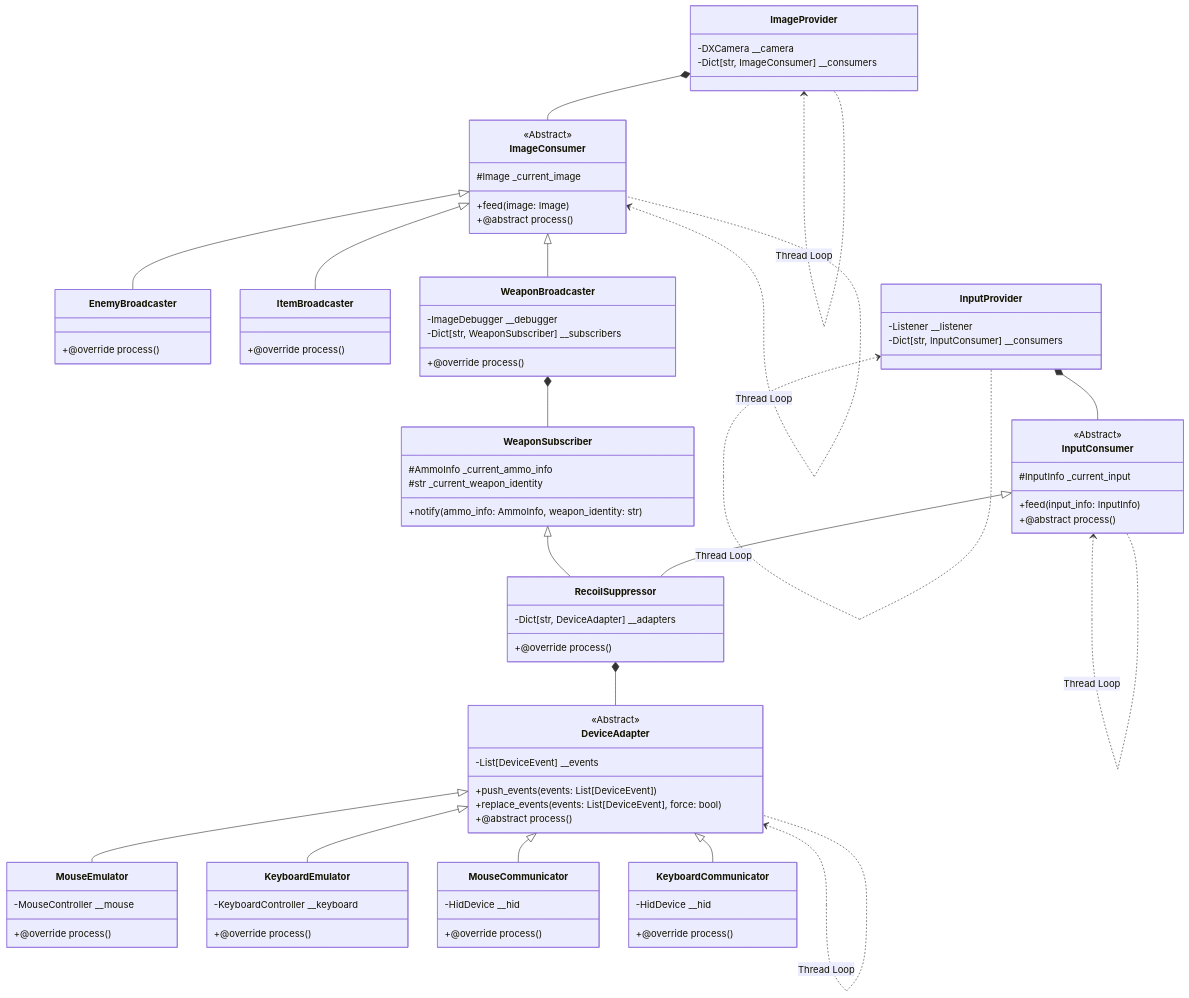
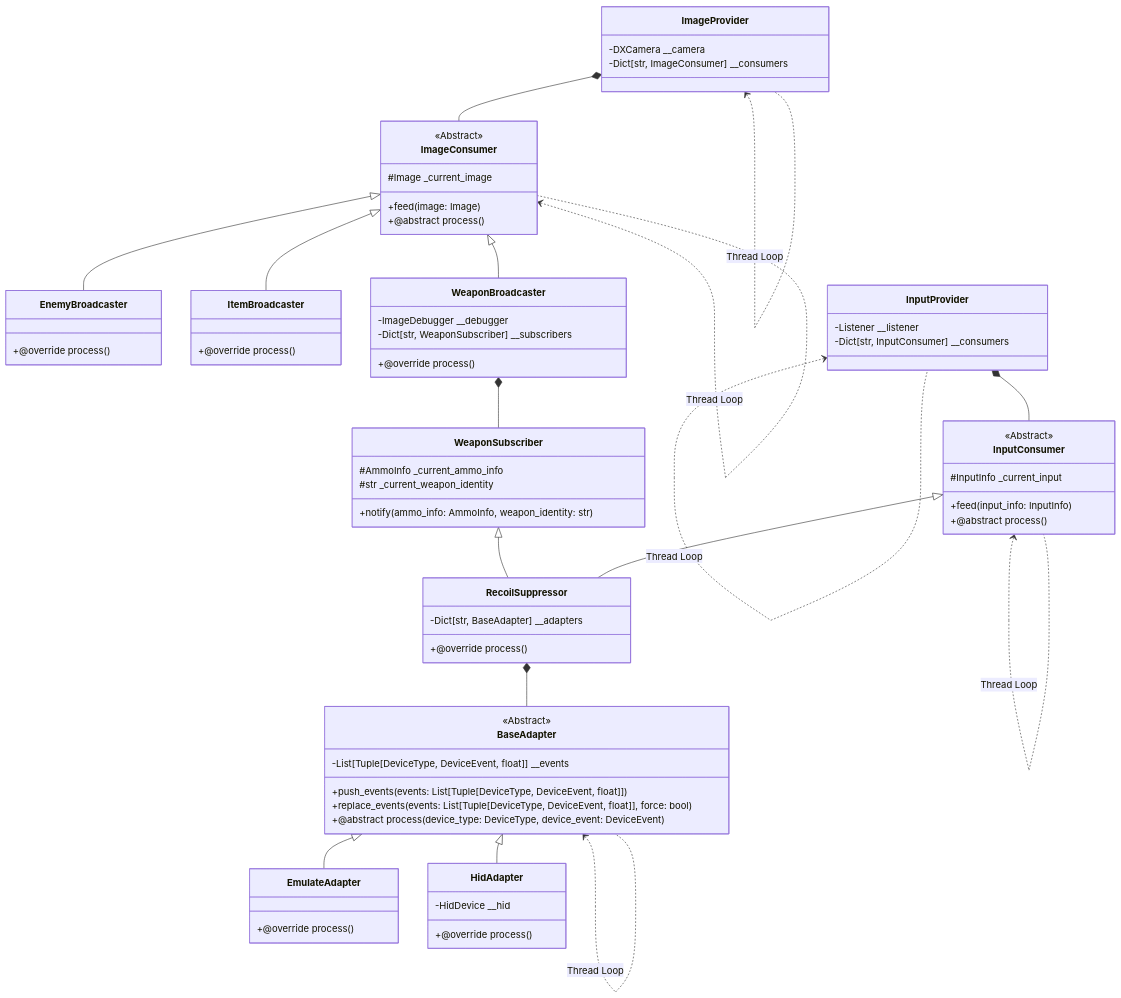
One commit to STEA-TEAM/apex_helper changed the diagram in wiki/SystemDesign.md. Above: the diagram before and after it, drawn with Mermaid. The commit also changed 11 other files, not shown here.

````diff
--- a/wiki/SystemDesign.md
+++ b/wiki/SystemDesign.md
@@ -52,38 +52,27 @@
     InputProvider *-- InputConsumer
 
     class RecoilSuppressor {
-        -Dict[str, DeviceAdapter] __adapters
+        -Dict[str, BaseAdapter] __adapters
         +@override process()
     }
     WeaponSubscriber <|-- RecoilSuppressor
     InputConsumer <|-- RecoilSuppressor
-    class DeviceAdapter {
+    class BaseAdapter {
         <<Abstract>>
-        -List[DeviceEvent] __events
-        +push_events(events: List[DeviceEvent])
-        +replace_events(events: List[DeviceEvent], force: bool)
-        +@abstract process()
+        -List[Tuple[DeviceType, DeviceEvent, float]] __events
+        +push_events(events: List[Tuple[DeviceType, DeviceEvent, float]])
+        +replace_events(events: List[Tuple[DeviceType, DeviceEvent, float]], force: bool)
+        +@abstract process(device_type: DeviceType, device_event: DeviceEvent)
     }
-    DeviceAdapter <.. DeviceAdapter: Thread Loop
-    RecoilSuppressor *-- DeviceAdapter
-    class MouseEmulator {
-        -MouseController __mouse
+    BaseAdapter <.. BaseAdapter: Thread Loop
+    RecoilSuppressor *-- BaseAdapter
+    class EmulateAdapter {
         +@override process()
     }
-    class KeyboardEmulator {
-        -KeyboardController __keyboard
-        +@override process()
-    }
-    class MouseCommunicator {
+    class HidAdapter {
         -HidDevice __hid
         +@override process()
     }
-    class KeyboardCommunicator {
-        -HidDevice __hid
-        +@override process()
-    }
-    DeviceAdapter <|-- MouseEmulator
-    DeviceAdapter <|-- KeyboardEmulator
-    DeviceAdapter <|-- MouseCommunicator
-    DeviceAdapter <|-- KeyboardCommunicator
+    BaseAdapter <|-- EmulateAdapter
+    BaseAdapter <|-- HidAdapter
 ```
````
